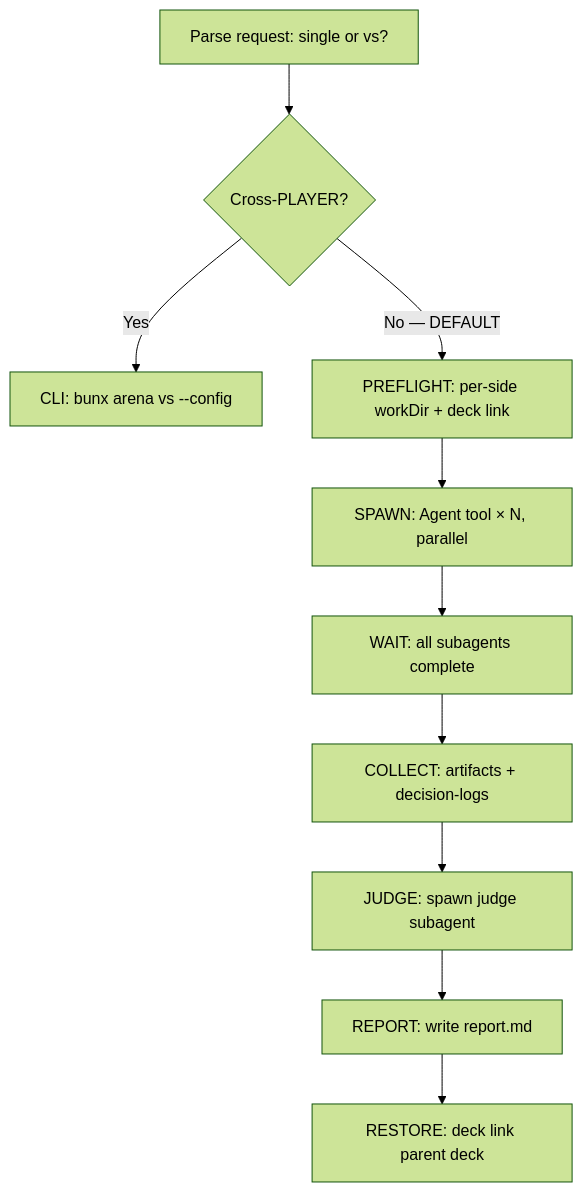
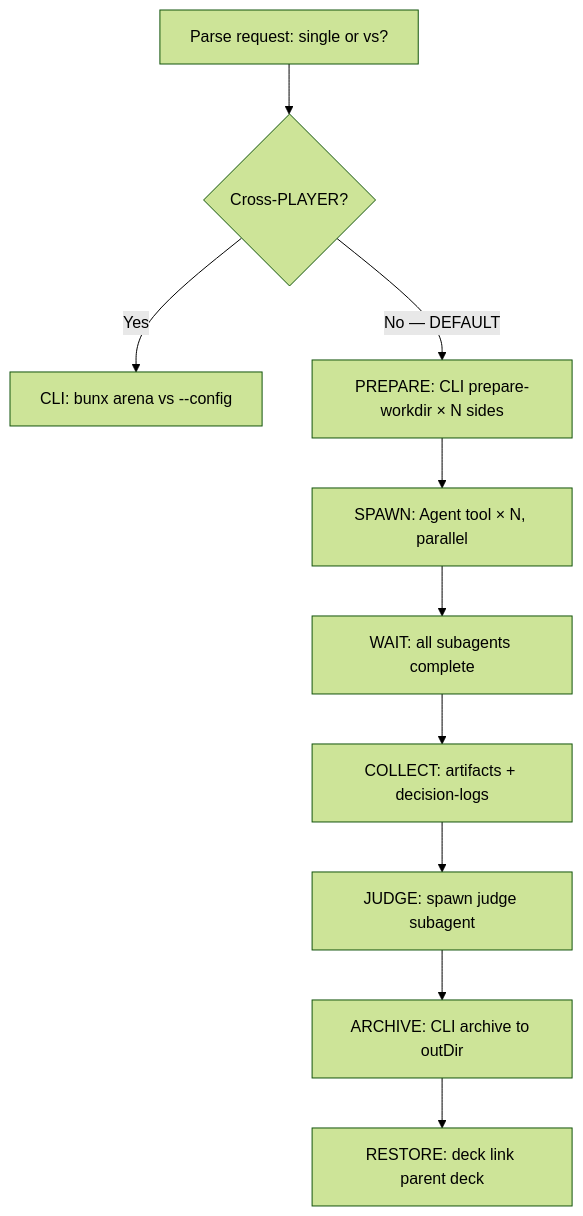
Before and after one commit to lythos-labs/lythoskill: the diagram in packages/lythoskill-arena/skill/SKILL.md, drawn with Mermaid (forest theme). The commit also changed other lines of this file and 6 other files, not shown here.

First line of the commit message:
refactor(arena): coach cleanup — remove redundant lists, update mermaid

````diff
--- a/packages/lythoskill-arena/skill/SKILL.md
+++ b/packages/lythoskill-arena/skill/SKILL.md
@@ -57,12 +59,12 @@
 ```mermaid
 flowchart TD
     A[Parse request: single or vs?] --> B{Cross-PLAYER?}
     B -->|Yes| C[CLI: bunx arena vs --config]
-    B -->|No — DEFAULT| D[PREFLIGHT: per-side workDir + deck link]
+    B -->|No — DEFAULT| D[PREPARE: CLI prepare-workdir × N sides]
     D --> E[SPAWN: Agent tool × N, parallel]
     E --> F[WAIT: all subagents complete]
     F --> G[COLLECT: artifacts + decision-logs]
     G --> H[JUDGE: spawn judge subagent]
-    H --> I[REPORT: write report.md]
+    H --> I[ARCHIVE: CLI archive to outDir]
     I --> J[RESTORE: deck link parent deck]
 ```
````
